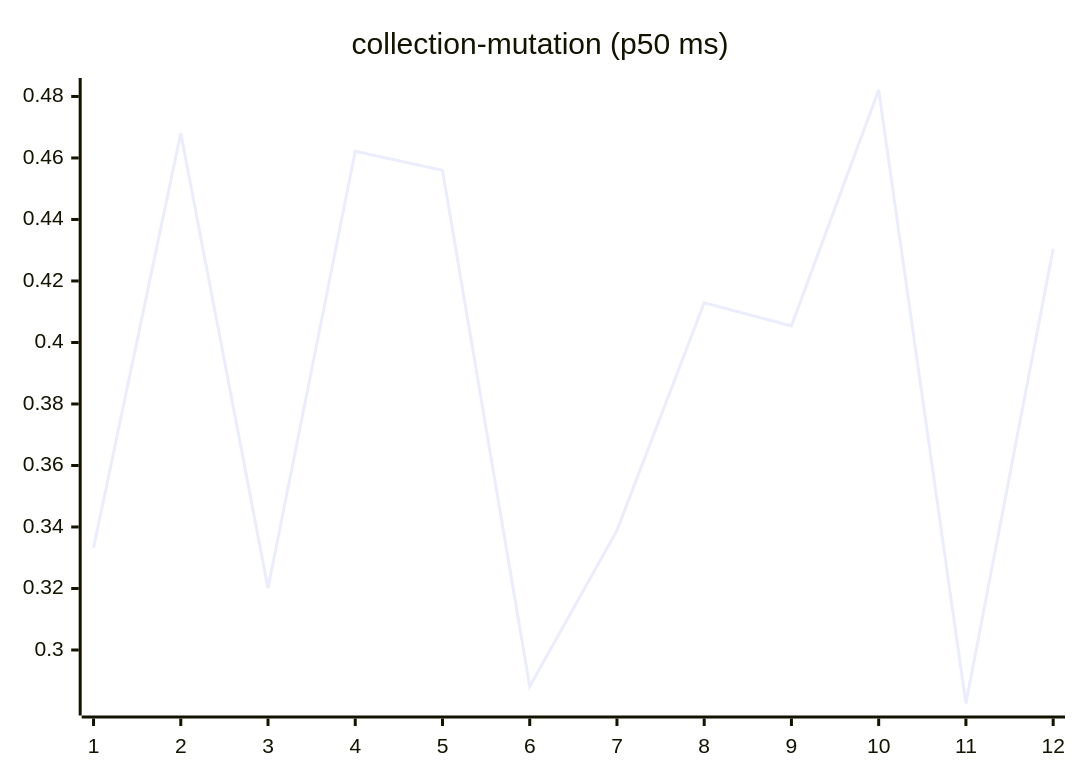
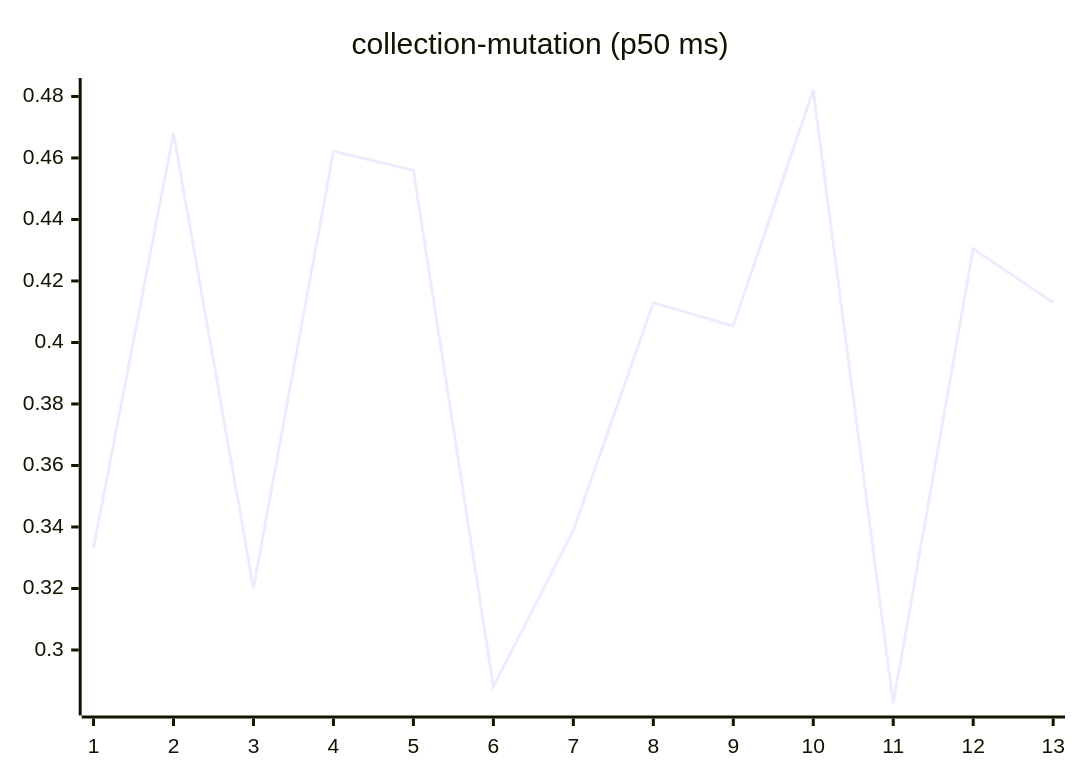
Before and after one commit to josha/Facet: the sixth of 27 diagrams in README.md, drawn with Mermaid. The commit also changed other lines of this file and 2 other files, not shown here.

````diff
--- a/README.md
+++ b/README.md
@@ -98,6 +98,6 @@
 ```mermaid
 xychart-beta
     title "collection-mutation (p50 ms)"
-    x-axis 1 --> 12
-    line [0.3332, 0.4681, 0.3201, 0.4622, 0.4560, 0.2881, 0.3389, 0.4129, 0.4054, 0.4821, 0.2826, 0.4305]
+    x-axis 1 --> 13
+    line [0.3332, 0.4681, 0.3201, 0.4622, 0.4560, 0.2881, 0.3389, 0.4129, 0.4054, 0.4821, 0.2826, 0.4305, 0.4130]
 ```
````
